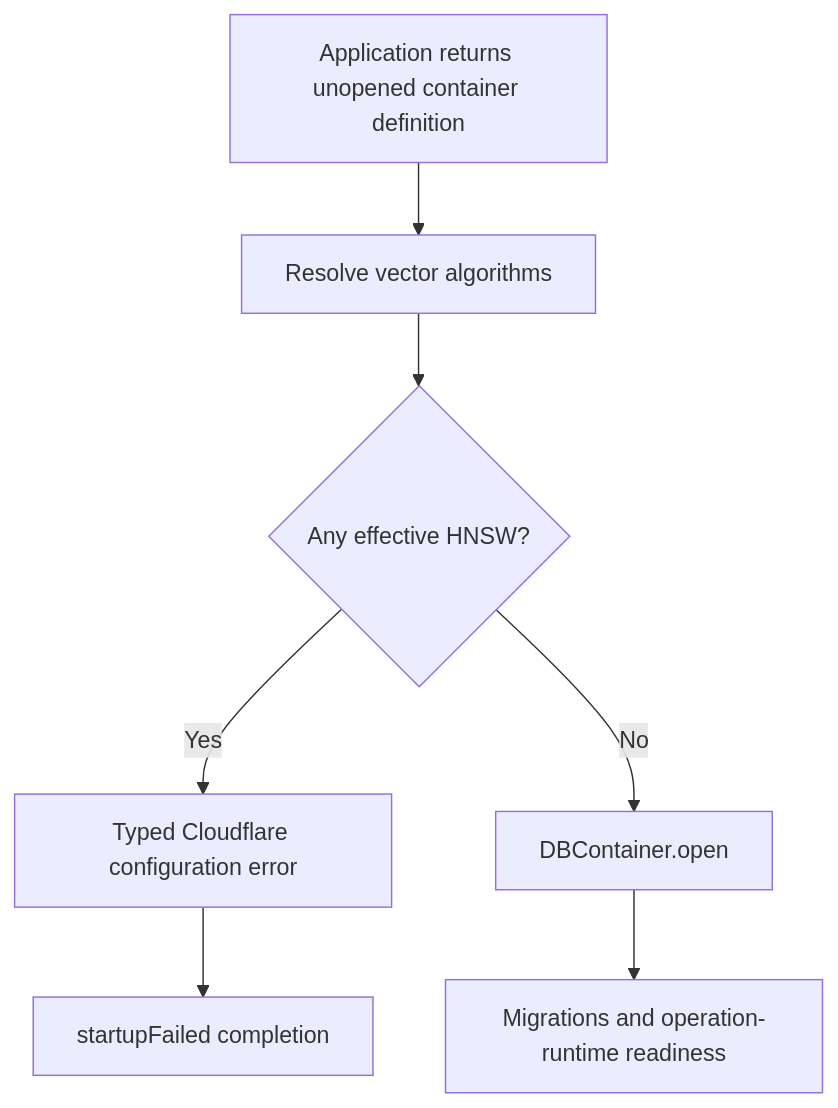
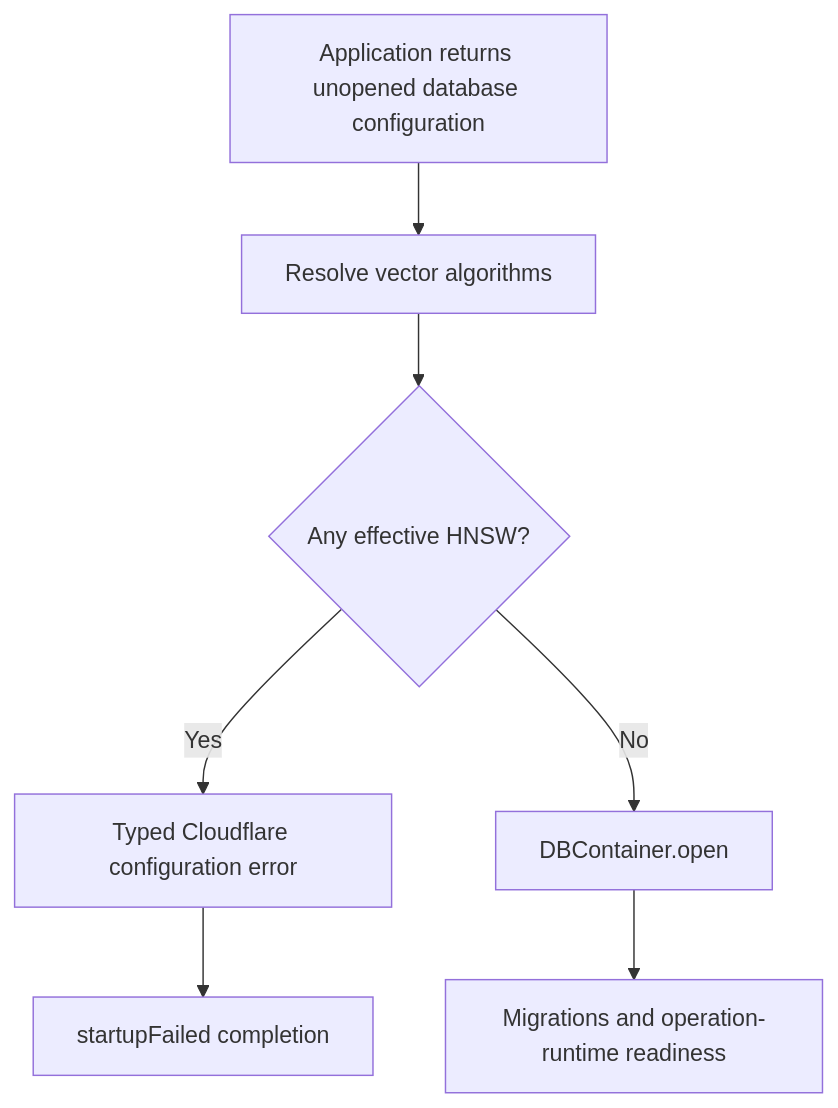
Before and after one commit to 1amageek/database-framework-cloudflare: the diagram in Docs/ADR-0002-cloudflare-vector-capabilities.md, drawn with Mermaid. The commit also changed other lines of this file and 51 other files, not shown here.

Commit message:
Redesign Cloudflare database application adapter

````diff
--- a/Docs/ADR-0002-cloudflare-vector-capabilities.md
+++ b/Docs/ADR-0002-cloudflare-vector-capabilities.md
@@ -48,9 +55,9 @@
 ```mermaid
 flowchart TD
-    A["Application returns unopened container definition"] --> B["Resolve vector algorithms"]
+    A["Application returns unopened database configuration"] --> B["Resolve vector algorithms"]
     B --> C{"Any effective HNSW?"}
     C -->|"Yes"| D["Typed Cloudflare configuration error"]
     D --> E["startupFailed completion"]
     C -->|"No"| F["DBContainer.open"]
     F --> G["Migrations and operation-runtime readiness"]
 ```
````
